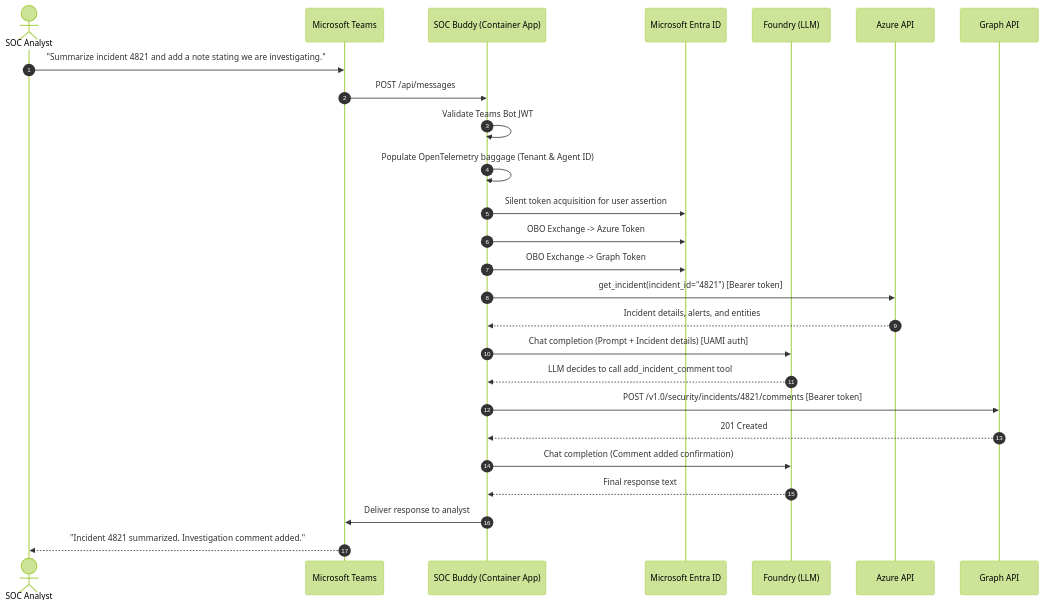
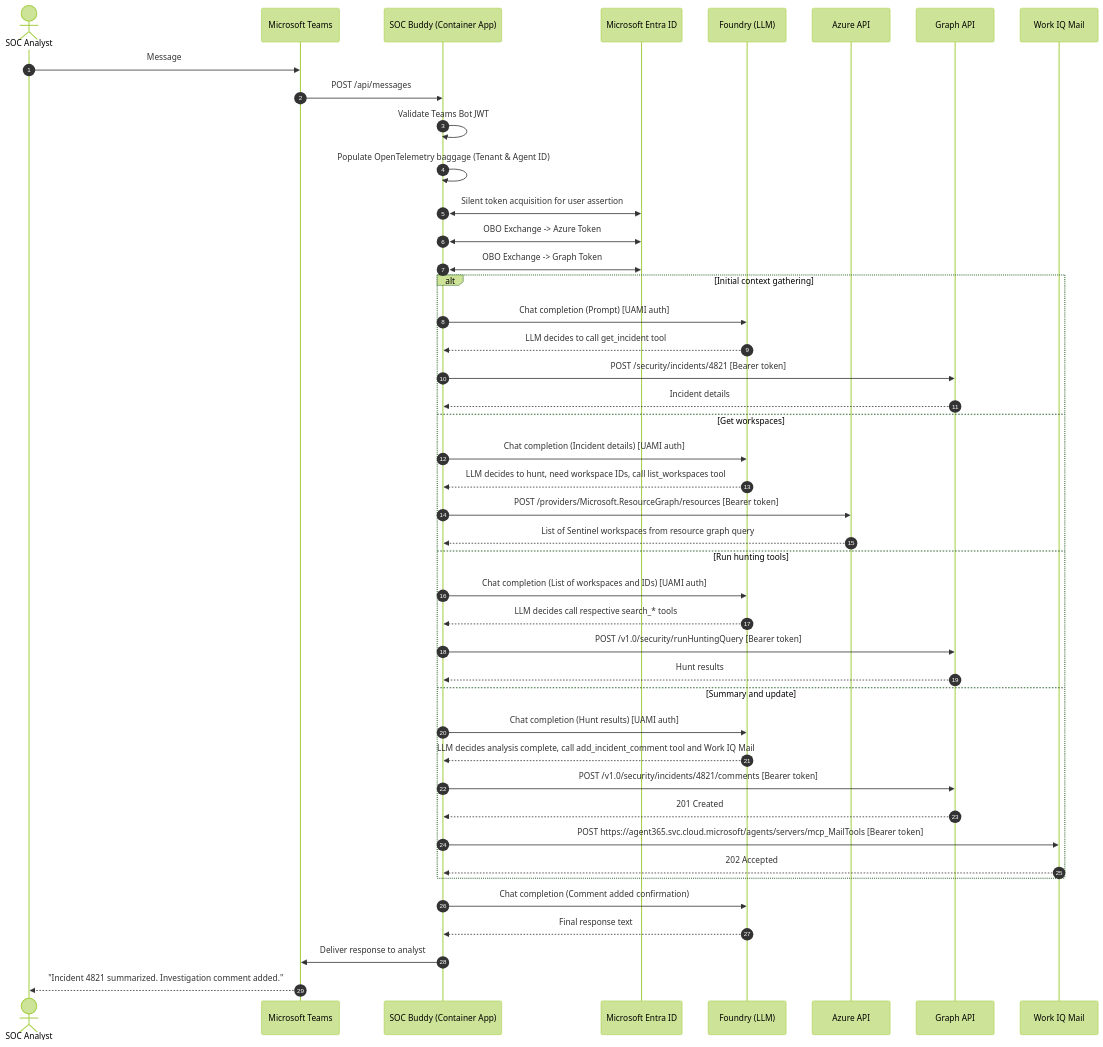
Before and after one commit to joetanx/soc-buddy: the third of 4 diagrams in DESIGN.md, drawn with Mermaid (forest theme). The commit also changed other lines of this file, not shown here.

````diff
--- a/DESIGN.md
+++ b/DESIGN.md
@@ -178,35 +188,56 @@
 ```mermaid
 sequenceDiagram
     autonumber
     actor Analyst as SOC Analyst
     participant Teams as Microsoft Teams
     participant App as SOC Buddy (Container App)
     participant Entra as Microsoft Entra ID
     participant Foundry as Foundry (LLM)
-    participant MCP as Azure API
+    participant Azure as Azure API
     participant Graph as Graph API
+    participant WorkIQ as Work IQ Mail
 
-    Analyst->>Teams: "Summarize incident 4821 and add a note stating we are investigating."
+    Analyst->>Teams: Message
     Teams->>App: POST /api/messages
     App->>App: Validate Teams Bot JWT
     App->>App: Populate OpenTelemetry baggage (Tenant & Agent ID)
     
-    App->>Entra: Silent token acquisition for user assertion
-    App->>Entra: OBO Exchange -> Azure Token
-    App->>Entra: OBO Exchange -> Graph Token
-    
-    App->>MCP: get_incident(incident_id="4821") [Bearer token]
-    MCP-->>App: Incident details, alerts, and entities
-    
-    App->>Foundry: Chat completion (Prompt + Incident details) [UAMI auth]
-    Foundry-->>App: LLM decides to call add_incident_comment tool
-    
-    App->>Graph: POST /v1.0/security/incidents/4821/comments [Bearer token]
-    Graph-->>App: 201 Created
-    
+    App<<->>Entra: Silent token acquisition for user assertion
+    App<<->>Entra: OBO Exchange -> Azure Token
+    App<<->>Entra: OBO Exchange -> Graph Token
+
+    alt Initial context gathering    
+        App->>Foundry: Chat completion (Prompt) [UAMI auth]
+        Foundry-->>App: LLM decides to call get_incident tool
+        
+        App->>Graph: POST /security/incidents/4821 [Bearer token]
+        Graph-->>App: Incident details
+    else Get workspaces
+        App->>Foundry: Chat completion (Incident details) [UAMI auth]
+        Foundry-->>App: LLM decides to hunt, need workspace IDs, call list_workspaces tool
+        
+        App->>Azure: POST /providers/Microsoft.ResourceGraph/resources [Bearer token]
+        Azure-->>App: List of Sentinel workspaces from resource graph query
+    else Run hunting tools
+        App->>Foundry: Chat completion (List of workspaces and IDs) [UAMI auth]
+        Foundry-->>App: LLM decides call respective search_* tools
+        
+        App->>Graph: POST /v1.0/security/runHuntingQuery [Bearer token]
+        Graph-->>App: Hunt results
+    else Summary and update
+        App->>Foundry: Chat completion (Hunt results) [UAMI auth]
+        Foundry-->>App: LLM decides analysis complete, call add_incident_comment tool and Work IQ Mail
+        
+        App->>Graph: POST /v1.0/security/incidents/4821/comments [Bearer token]
+        Graph-->>App: 201 Created
+        
+        App->>WorkIQ: POST https://agent365.svc.cloud.microsoft/agents/servers/mcp_MailTools [Bearer token]
+        WorkIQ-->>App: 202 Accepted
+    end
+
     App->>Foundry: Chat completion (Comment added confirmation)
     Foundry-->>App: Final response text
     
     App->>Teams: Deliver response to analyst
     Teams-->>Analyst: "Incident 4821 summarized. Investigation comment added."
 ```
````
